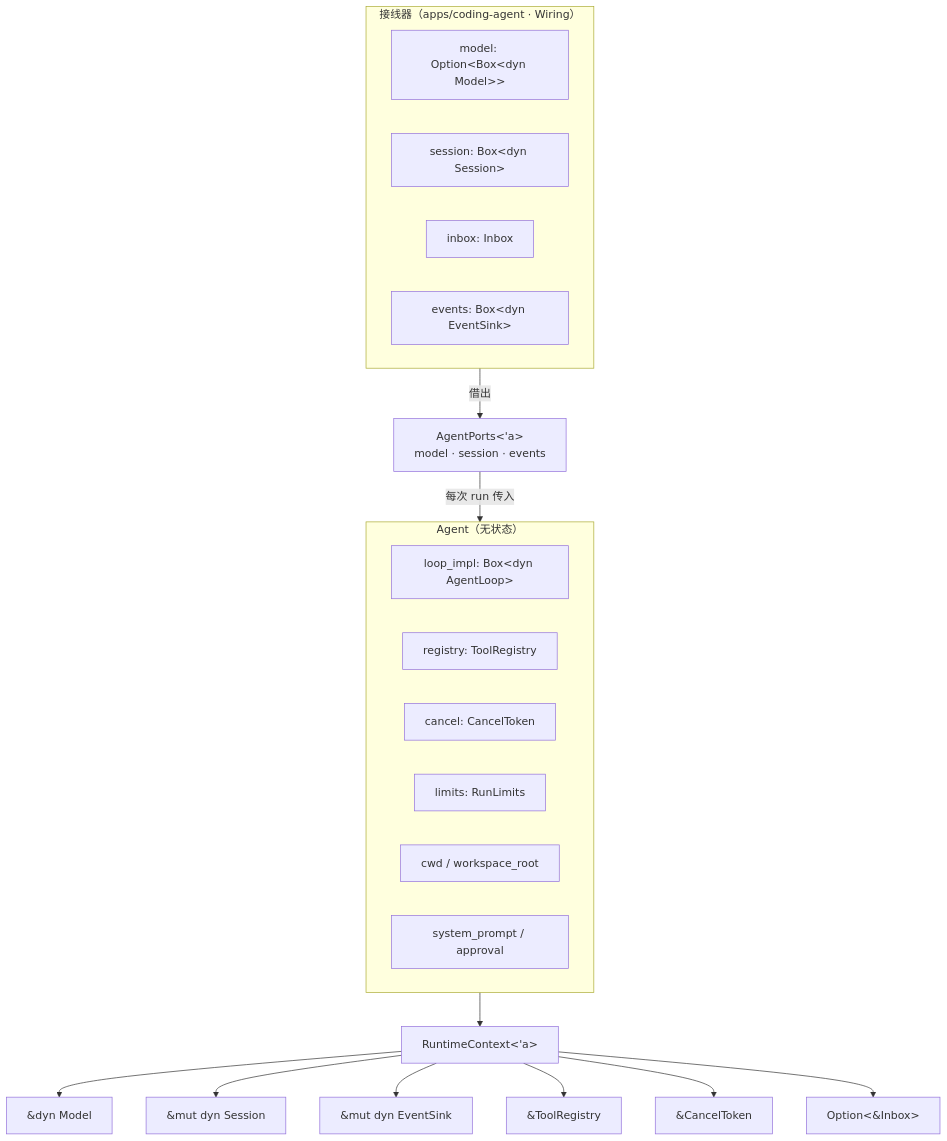
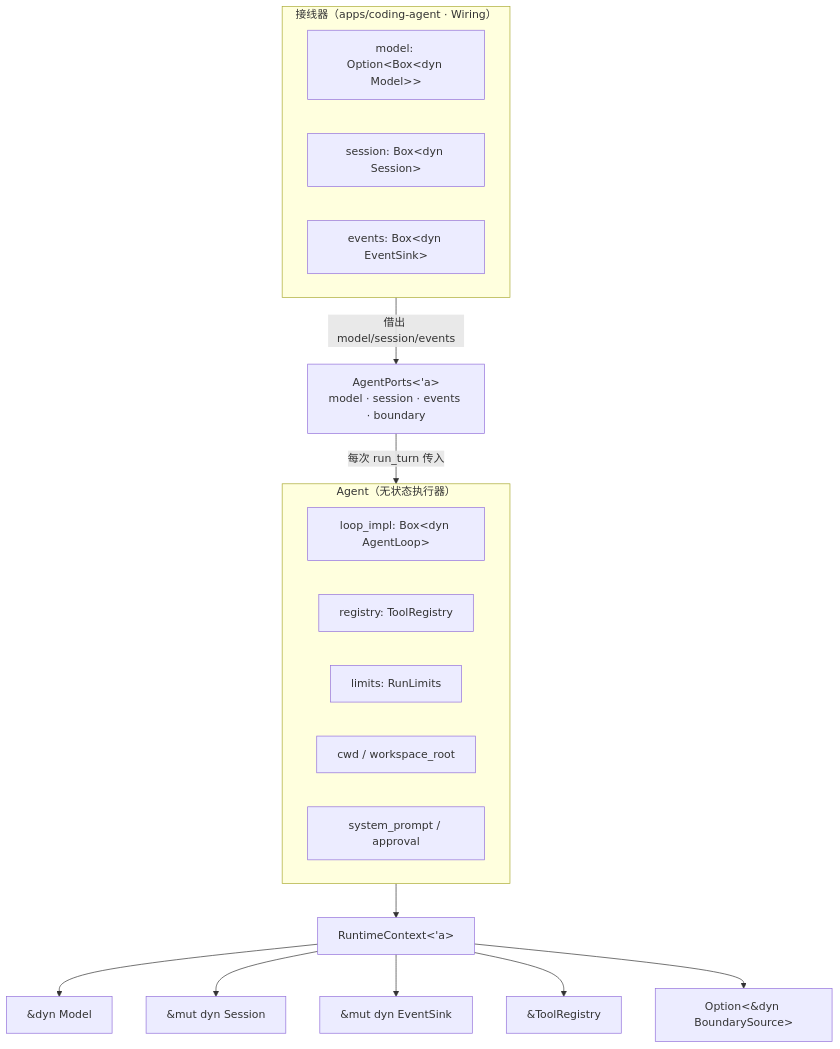
One commit to zsdfbb/YuShan changed the fourth of 15 diagrams in docs/architecture.md. Above: the diagram before and after it, drawn with Mermaid. The commit also changed other lines of this file and 83 other files, not shown here.

````diff
--- a/docs/architecture.md
+++ b/docs/architecture.md
@@ -111,31 +175,28 @@
 ```mermaid
 flowchart TB
     subgraph WIRING["接线器（apps/coding-agent · Wiring）"]
         W_MODEL["model: Option&lt;Box&lt;dyn Model&gt;&gt;"]
         W_SESS["session: Box&lt;dyn Session&gt;"]
-        W_INBOX["inbox: Inbox"]
         W_EVENTS["events: Box&lt;dyn EventSink&gt;"]
     end
 
-    subgraph AGENT["Agent（无状态）"]
+    subgraph AGENT["Agent（无状态执行器）"]
         A_LOOP["loop_impl: Box&lt;dyn AgentLoop&gt;"]
         A_REG["registry: ToolRegistry"]
-        A_CANCEL["cancel: CancelToken"]
         A_LIMITS["limits: RunLimits"]
         A_CWD["cwd / workspace_root"]
         A_PROMPT["system_prompt / approval"]
     end
 
-    PORTS["AgentPorts&lt;'a&gt;<br/>model · session · events"]
+    PORTS["AgentPorts&lt;'a&gt;<br/>model · session · events · boundary"]
 
-    WIRING -->|借出| PORTS
-    PORTS -->|每次 run 传入| AGENT
+    WIRING -->|借出 model/session/events| PORTS
+    PORTS -->|每次 run_turn 传入| AGENT
 
     AGENT --> CTX["RuntimeContext&lt;'a&gt;"]
     CTX --> C_MODEL["&amp;dyn Model"]
     CTX --> C_SESS["&amp;mut dyn Session"]
     CTX --> C_EV["&amp;mut dyn EventSink"]
     CTX --> C_REG["&amp;ToolRegistry"]
-    CTX --> C_CANCEL["&amp;CancelToken"]
-    CTX --> C_INBOX["Option&lt;&Inbox&gt;"]
+    CTX --> C_BND["Option&lt;&amp;dyn BoundarySource&gt;"]
 ```
````
